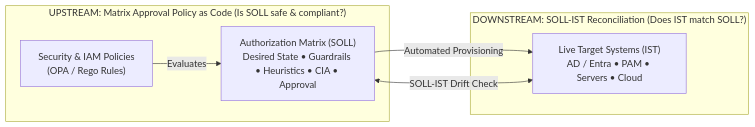
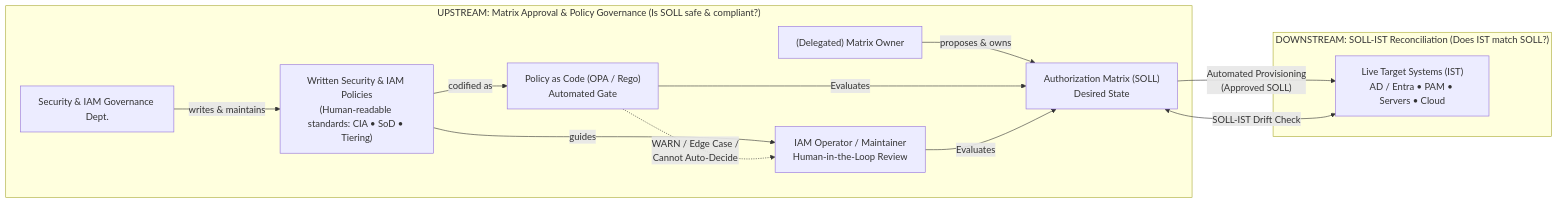
One commit to iafilius/authorization-matrix-policy-as-code changed the first of 4 diagrams in README.md. Above: the diagram before and after it, drawn with Mermaid. The commit also changed other lines of this file and 1 other file, not shown here.

Commit message:
Add governance roles, shared written policy source, and human-in-the-loop operator escalation to closed-loop diagram

````diff
--- a/README.md
+++ b/README.md
@@ -36,13 +36,19 @@
 ```mermaid
 flowchart LR
-  subgraph UPSTREAM["UPSTREAM: Matrix Approval Policy as Code (Is SOLL safe & compliant?)"]
-    P["Security & IAM Policies<br/>(OPA / Rego Rules)"] -->|"Evaluates"| SOLL["Authorization Matrix (SOLL)<br/>Desired State • Guardrails • Heuristics • CIA • Approval"]
+  subgraph UPSTREAM["UPSTREAM: Matrix Approval & Policy Governance (Is SOLL safe & compliant?)"]
+    DEPT["Security & IAM Governance Dept."] -->|"writes & maintains"| POLICY["Written Security & IAM Policies<br/>(Human-readable standards: CIA • SoD • Tiering)"]
+    POLICY -->|"codified as"| OPA["Policy as Code (OPA / Rego)<br/>Automated Gate"]
+    POLICY -->|"guides"| OP["IAM Operator / Maintainer<br/>Human-in-the-Loop Review"]
+    OPA -.->|"WARN / Edge Case /<br/>Cannot Auto-Decide"| OP
+    OWNER["(Delegated) Matrix Owner"] -->|"proposes & owns"| SOLL["Authorization Matrix (SOLL)<br/>Desired State"]
+    OPA -->|"Evaluates"| SOLL
+    OP -->|"Evaluates"| SOLL
   end
 
   subgraph DOWNSTREAM["DOWNSTREAM: SOLL-IST Reconciliation (Does IST match SOLL?)"]
     IST["Live Target Systems (IST)<br/>AD / Entra • PAM • Servers • Cloud"]
   end
 
-  SOLL -->|"Automated Provisioning"| IST
+  SOLL -->|"Automated Provisioning<br/>(Approved SOLL)"| IST
   SOLL <-->|"SOLL-IST Drift Check"| IST
 ```
````
